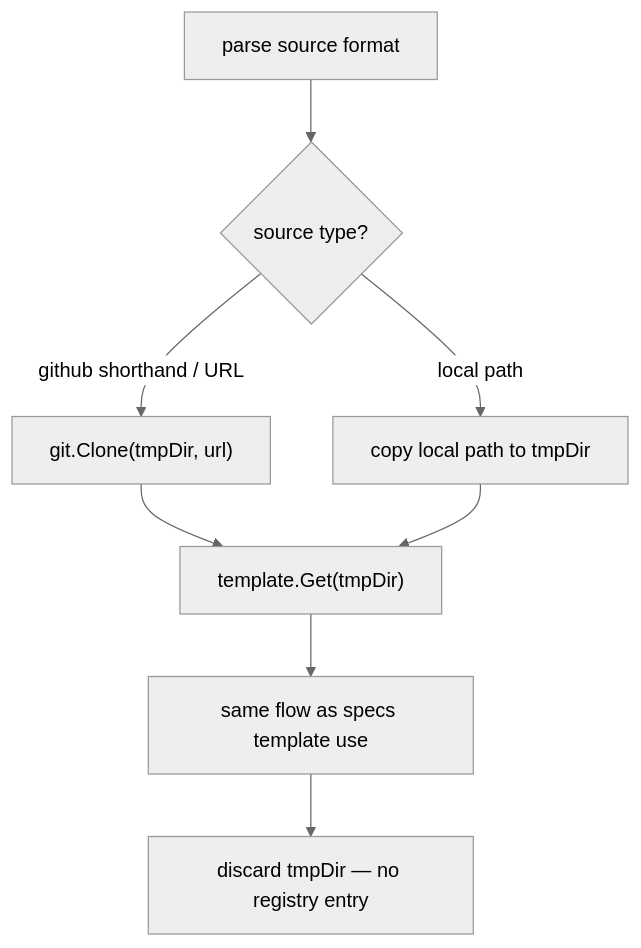
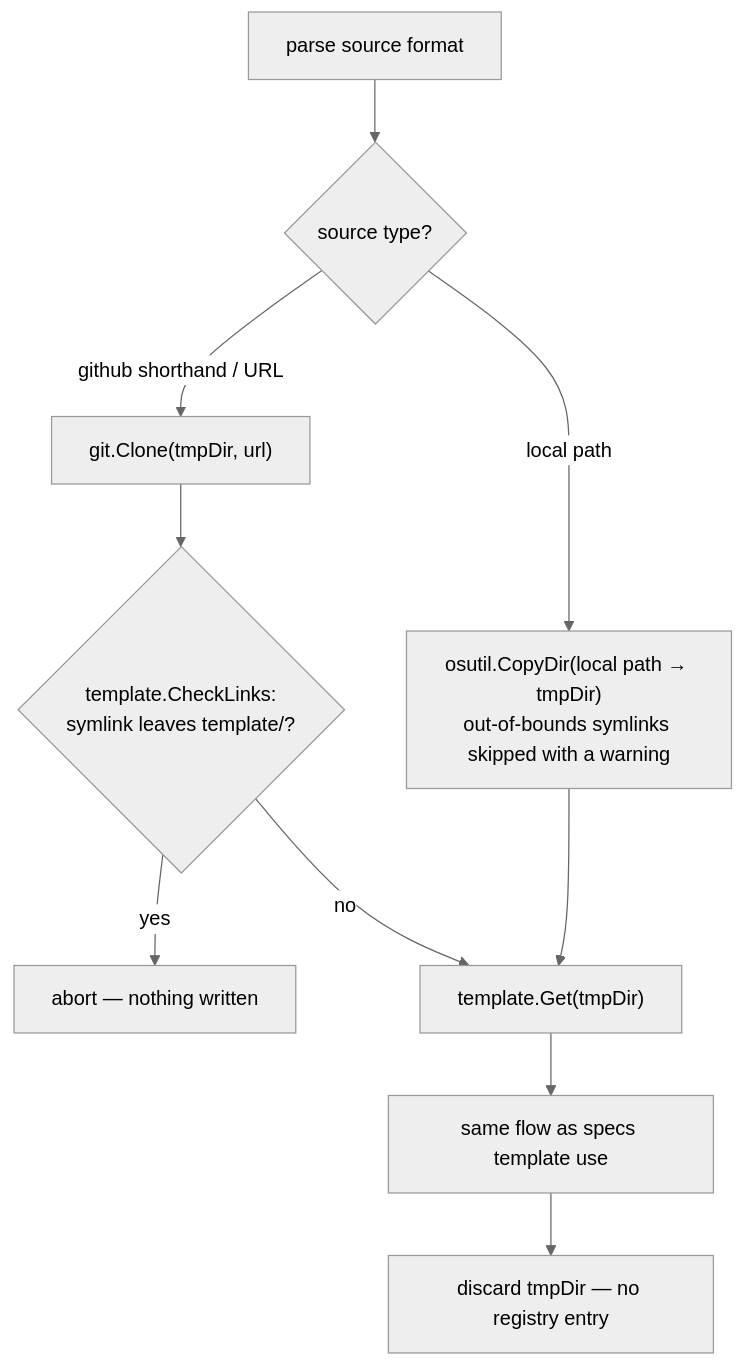
The second of 4 diagrams in docs/content/docs/architecture/overview.md (specsnl/specs-cli), drawn with Mermaid (neutral theme) before and after one commit. The commit also changed other lines of this file and 4 other files, not shown here.

````diff
--- a/docs/content/docs/architecture/overview.md
+++ b/docs/content/docs/architecture/overview.md
@@ -219,9 +220,12 @@
 ```mermaid
 flowchart TD
     A[parse source format] --> B{source type?}
     B -->|github shorthand / URL| C["git.Clone(tmpDir, url)"]
-    B -->|local path| D["copy local path to tmpDir"]
-    C & D --> E["template.Get(tmpDir)"]
+    C --> CL{"template.CheckLinks:\nsymlink leaves template/?"}
+    CL -->|yes| Abort["abort — nothing written"]
+    CL -->|no| E
+    B -->|local path| D["osutil.CopyDir(local path → tmpDir)\nout-of-bounds symlinks skipped with a warning"]
+    D --> E["template.Get(tmpDir)"]
     E --> F[same flow as specs template use]
     F --> G[discard tmpDir — no registry entry]
 ```
````
